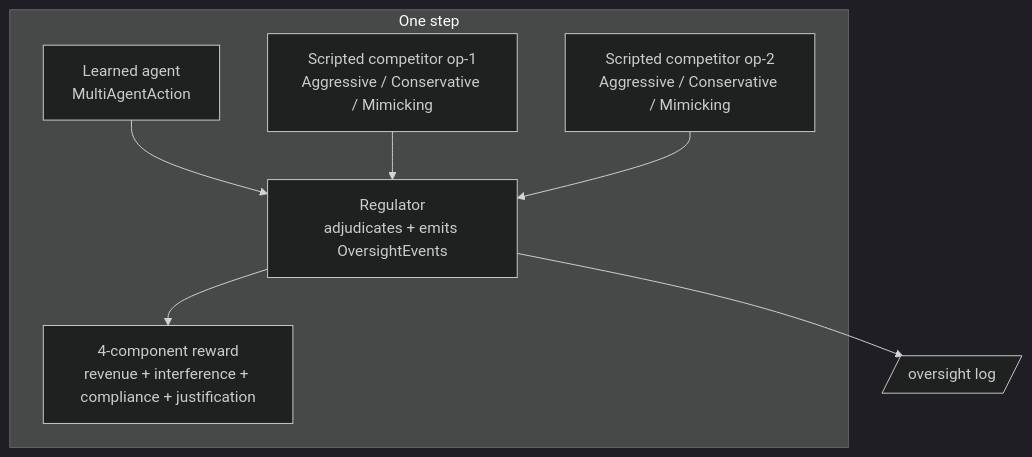
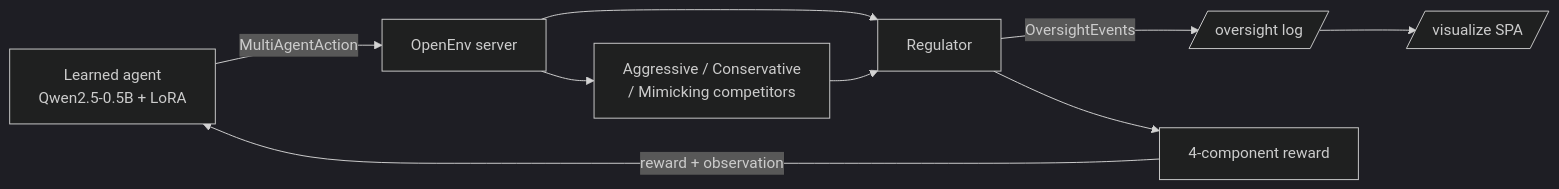
Before and after one commit to Ryan-gomezzz/spectrum_operator: the diagram in README.md, drawn with Mermaid (dark theme). The commit also changed other lines of this file and 4 other files, not shown here.

Commit message:
Rewrite README for Round 2 submission — multi-agent + scalable-oversight framing, embedded results

````diff
--- a/README.md
+++ b/README.md
@@ -93,15 +129,11 @@
 ```mermaid
-flowchart TB
-    subgraph tick [One step]
-        LA[Learned agent<br/>MultiAgentAction]
-        C1[Scripted competitor op-1<br/>Aggressive / Conservative / Mimicking]
-        C2[Scripted competitor op-2<br/>Aggressive / Conservative / Mimicking]
-        REG[Regulator<br/>adjudicates + emits OversightEvents]
-        RW[4-component reward<br/>revenue + interference + compliance + justification]
-    end
-    LA --> REG
+flowchart LR
+    A[Learned agent<br/>Qwen2.5-0.5B + LoRA] -->|MultiAgentAction| ENV[OpenEnv server]
+    ENV --> C1[Aggressive / Conservative<br/>/ Mimicking competitors]
+    ENV --> REG[Regulator]
     C1 --> REG
-    C2 --> REG
-    REG --> RW
-    REG --> LOG[/oversight log/]
+    REG -->|OversightEvents| LOG[/oversight log/]
+    REG --> RW[4-component reward]
+    RW -->|reward + observation| A
+    LOG --> VIZ[/visualize SPA/]
 ```
````
